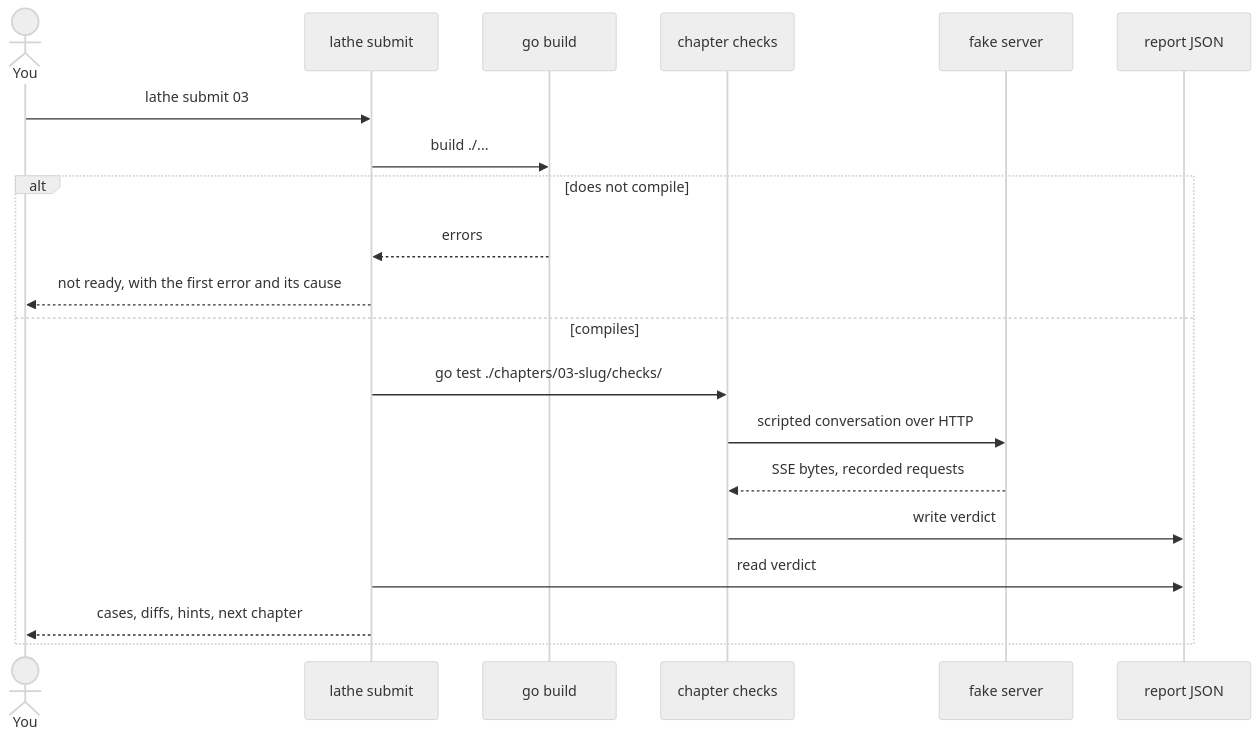
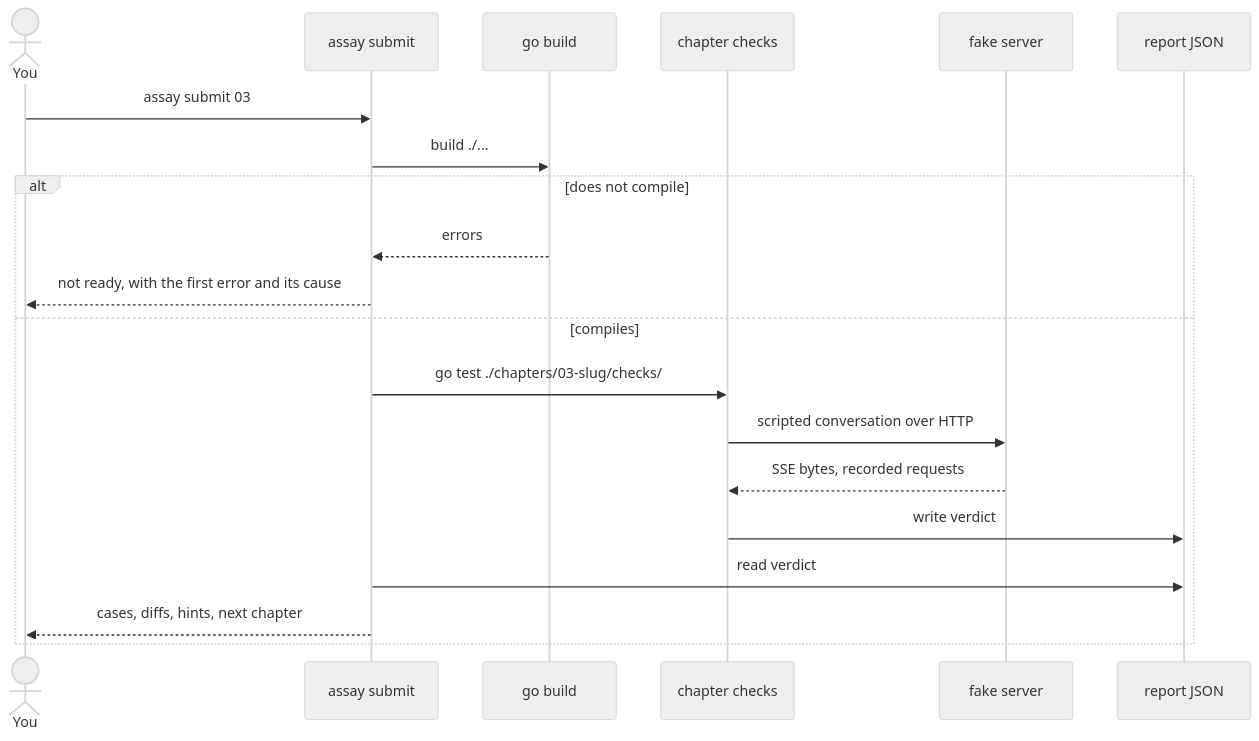
The second of 5 diagrams in docs/architecture.md (theakhandpatel/kata), drawn with Mermaid (neutral theme) before and after one commit. The commit also changed other lines of this file and 26 other files, not shown here.

````diff
--- a/docs/architecture.md
+++ b/docs/architecture.md
@@ -56,23 +60,23 @@
 ```mermaid
 sequenceDiagram
     actor You
-    participant CLI as lathe submit
+    participant CLI as assay submit
     participant Go as go build
     participant Test as chapter checks
     participant Fake as fake server
     participant Rep as report JSON
 
-    You->>CLI: lathe submit 03
+    You->>CLI: assay submit 03
     CLI->>Go: build ./...
     alt does not compile
         Go-->>CLI: errors
         CLI-->>You: not ready, with the first error and its cause
     else compiles
         CLI->>Test: go test ./chapters/03-slug/checks/
         Test->>Fake: scripted conversation over HTTP
         Fake-->>Test: SSE bytes, recorded requests
         Test->>Rep: write verdict
         CLI->>Rep: read verdict
         CLI-->>You: cases, diffs, hints, next chapter
     end
 ```
````
